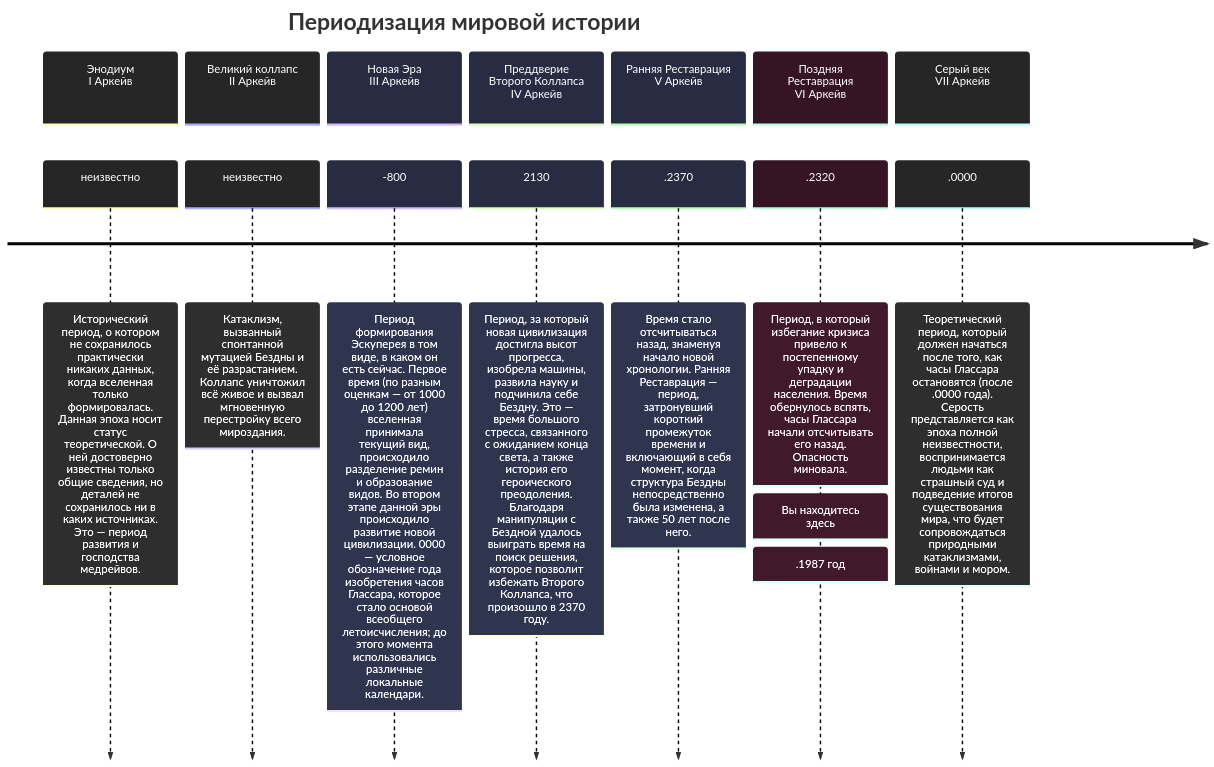
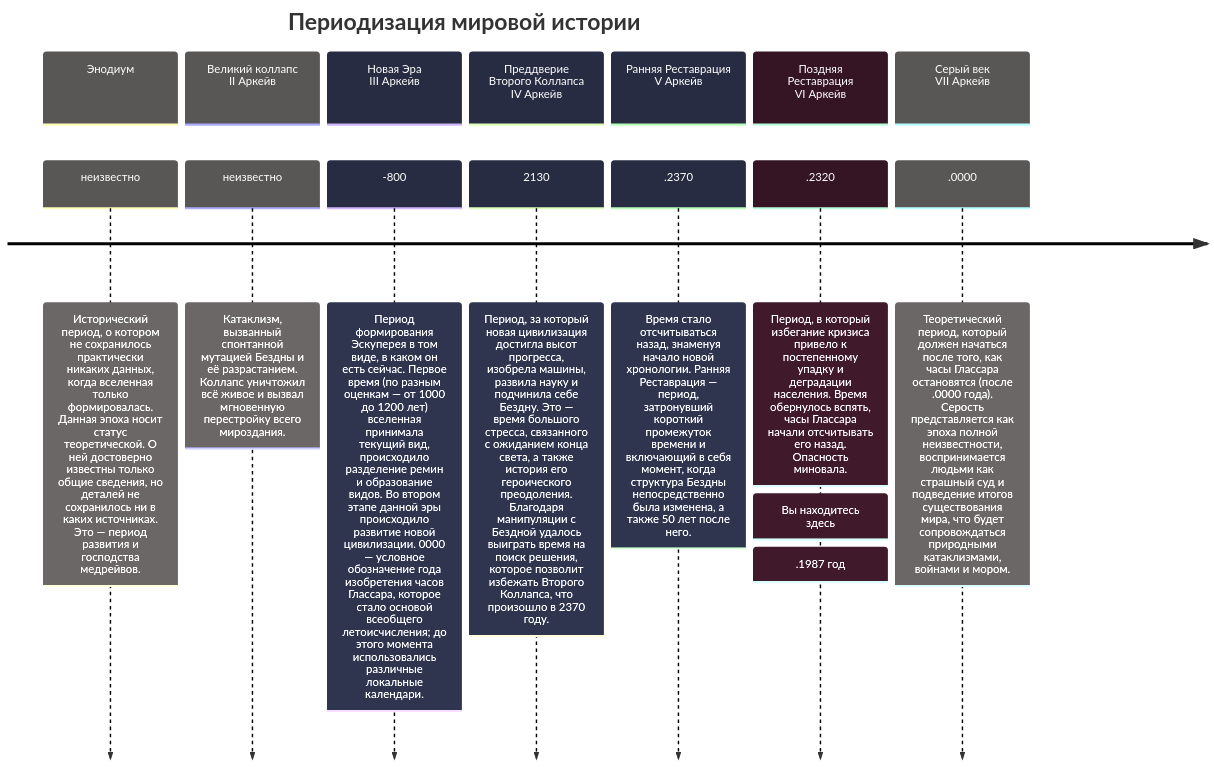
Before and after one commit to Remain-Nameless/Escupereum: the diagram in content/История/История Эскуперея.md, drawn with Mermaid. The commit also changed other lines of this file and 1 other file, not shown here.

Commit message:
vault backup: 2025-12-18 18:24:26

````diff
--- a/content/История/История Эскуперея.md
+++ b/content/История/История Эскуперея.md
@@ -11,38 +9,38 @@
 ```mermaid
 ---
 config:
   logLevel: 'debug'
   theme: 'default'
   themeVariables:
-    cScale0: '#262626'
+    cScale0: '#595656'
     cScaleLabel0: '#ffffff'
-    cScale1: '#262626'
+    cScale1: '#595656'
     cScaleLabel1: '#ffffff'
     cScale2: '#282c42'
     cScaleLabel2: '#ffffff'
     cScale3: '#282c42'
     cScaleLabel3: '#ffffff'
     cScale4: '#282c42'
     cScaleLabel4: '#ffffff'
     cScale5: '#351524'
     cScaleLabel5: '#ffffff'
-    cScale6: '#262626'
+    cScale6: '#595656'
     cScaleLabel6: '#ffffff'
 ---
 timeline
     title Периодизация мировой истории
-    section Энодиум <br> I Аркейв
+    section Энодиум 
         неизвестно : Исторический период, о котором не сохранилось практически никаких данных, когда вселенная только формировалась. Данная эпоха носит статус теоретической. О ней достоверно известны только общие сведения, но деталей не сохранилось ни в каких источниках. Это — период развития и господства медрейвов. 
     section Великий коллапс <br> II Аркейв
 	    неизвестно : Катаклизм, вызванный спонтанной мутацией Бездны и её разрастанием. Коллапс уничтожил всё живое и вызвал мгновенную перестройку всего мироздания.
 	section Новая Эра <br> III Аркейв
 		-800 : Период формирования Эскуперея в том виде, в каком он есть сейчас. Первое время (по разным оценкам — от 1000 до 1200 лет) вселенная принимала текущий вид, происходило разделение ремин и образование видов. Во втором этапе данной эры происходило развитие новой цивилизации. 0000 — условное обозначение года изобретения часов Глассара, которое стало основой всеобщего летоисчисления; до этого момента использовались различные локальные календари.
 	section Преддверие Второго Коллапса <br> IV Аркейв
 		2130 : Период, за который новая цивилизация достигла высот прогресса, изобрела машины, развила науку и подчинила себе Бездну. Это — время большого стресса, связанного с ожиданием конца света, а также история его героического преодоления. Благодаря манипуляции с Бездной удалось выиграть время на поиск решения, которое позволит избежать Второго Коллапса, что произошло в 2370 году.
 	section Ранняя Реставрация <br> V Аркейв
 		.2370 : Время стало отсчитываться назад, знаменуя начало новой хронологии. Ранняя Реставрация — период, затронувший короткий промежуток времени и включающий в себя момент, когда структура Бездны непосредственно была изменена, а также 50 лет после него. 
 	section Поздняя Реставрация <br> VI Аркейв
 		.2320 : Период, в который избегание кризиса привело к постепенному упадку и деградации населения. Время обернулось вспять, часы Глассара начали отсчитывать его назад. Опасность миновала. : Вы находитесь здесь : .1987 год
 	section Серый век <br> VII Аркейв
 		.0000 : Теоретический период, который должен начаться после того, как часы Глассара остановятся (после .0000 года). Серость представляется как эпоха полной неизвестности, воспринимается людьми как страшный суд и подведение итогов существования мира, что будет сопровождаться природными катаклизмами, войнами и мором.
 ```
````
